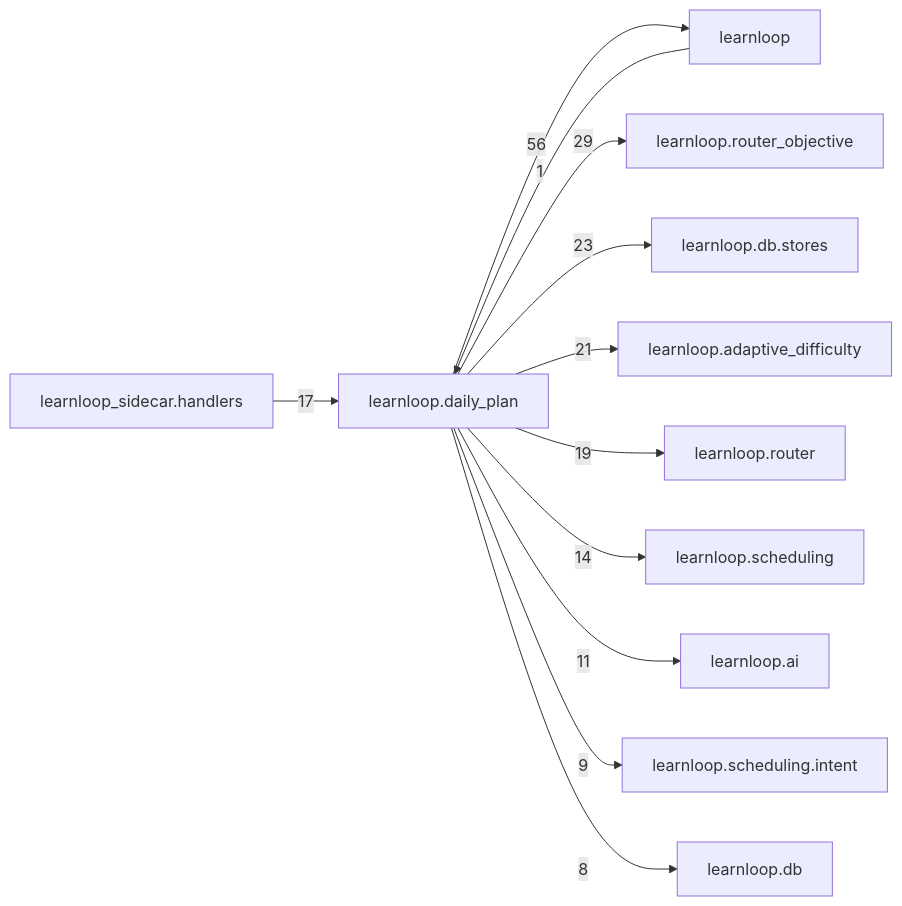
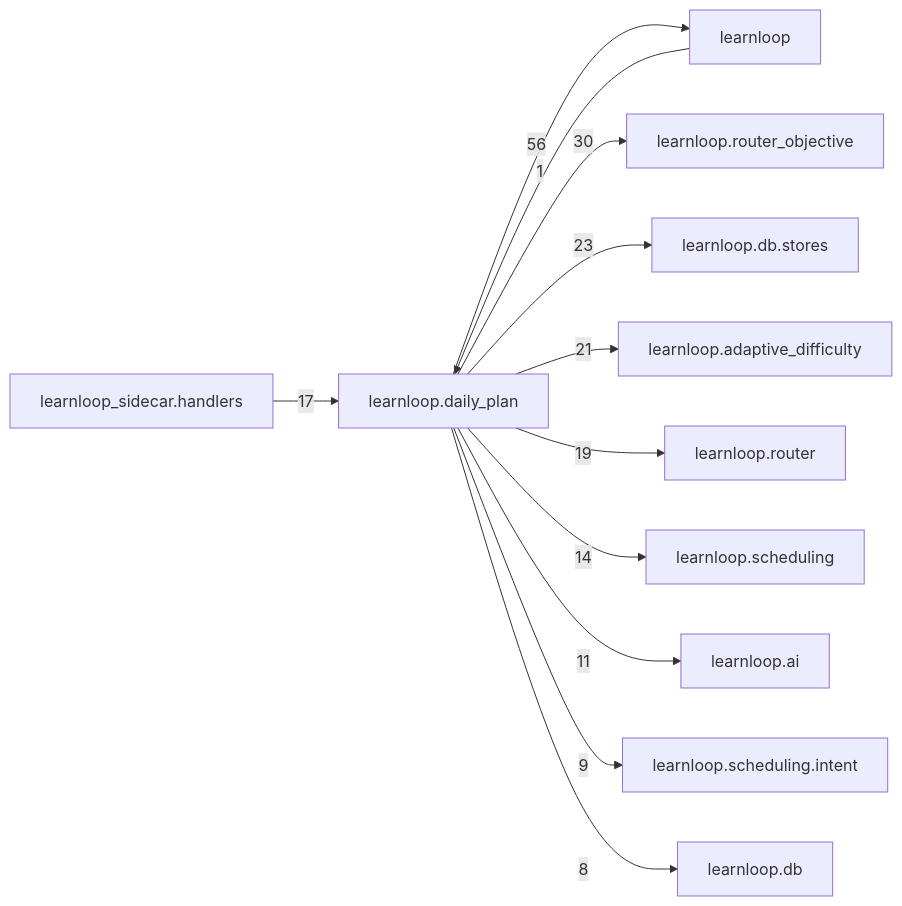
The diagram in docs/learnloop-architecture-vault/Reference/Modules/learnloop/daily_plan/_package.md (6up-b/learnanything), drawn with Mermaid before and after one commit. The commit also changed other lines of this file and 21 other files, not shown here.

````diff
--- a/docs/learnloop-architecture-vault/Reference/Modules/learnloop/daily_plan/_package.md
+++ b/docs/learnloop-architecture-vault/Reference/Modules/learnloop/daily_plan/_package.md
@@ -164,25 +164,25 @@
 ```mermaid
 flowchart LR
     center["learnloop.daily_plan"]
     n_learnloop["learnloop"]
     n_learnloop_router_objective["learnloop.router_objective"]
     n_learnloop_db_stores["learnloop.db.stores"]
     n_learnloop_adaptive_difficulty["learnloop.adaptive_difficulty"]
     n_learnloop_router["learnloop.router"]
     n_learnloop_sidecar_handlers["learnloop_sidecar.handlers"]
     n_learnloop_scheduling["learnloop.scheduling"]
     n_learnloop_ai["learnloop.ai"]
     n_learnloop_scheduling_intent["learnloop.scheduling.intent"]
     n_learnloop_db["learnloop.db"]
     n_learnloop -->|1| center
     center -->|56| n_learnloop
-    center -->|29| n_learnloop_router_objective
+    center -->|30| n_learnloop_router_objective
     center -->|23| n_learnloop_db_stores
     center -->|21| n_learnloop_adaptive_difficulty
     center -->|19| n_learnloop_router
     n_learnloop_sidecar_handlers -->|17| center
     center -->|14| n_learnloop_scheduling
     center -->|11| n_learnloop_ai
     center -->|9| n_learnloop_scheduling_intent
     center -->|8| n_learnloop_db
 ```
````
